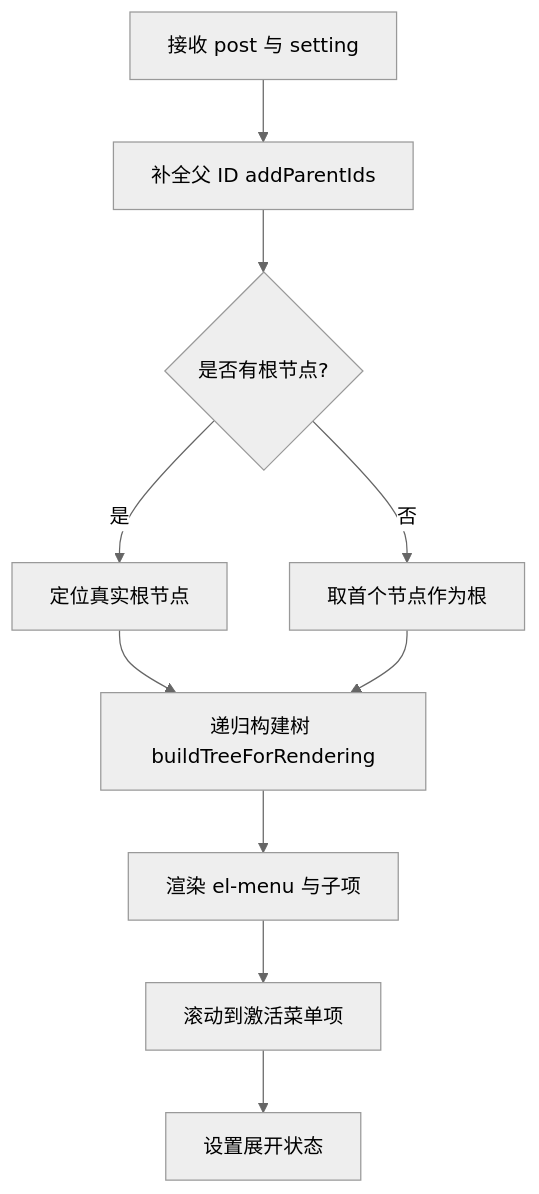
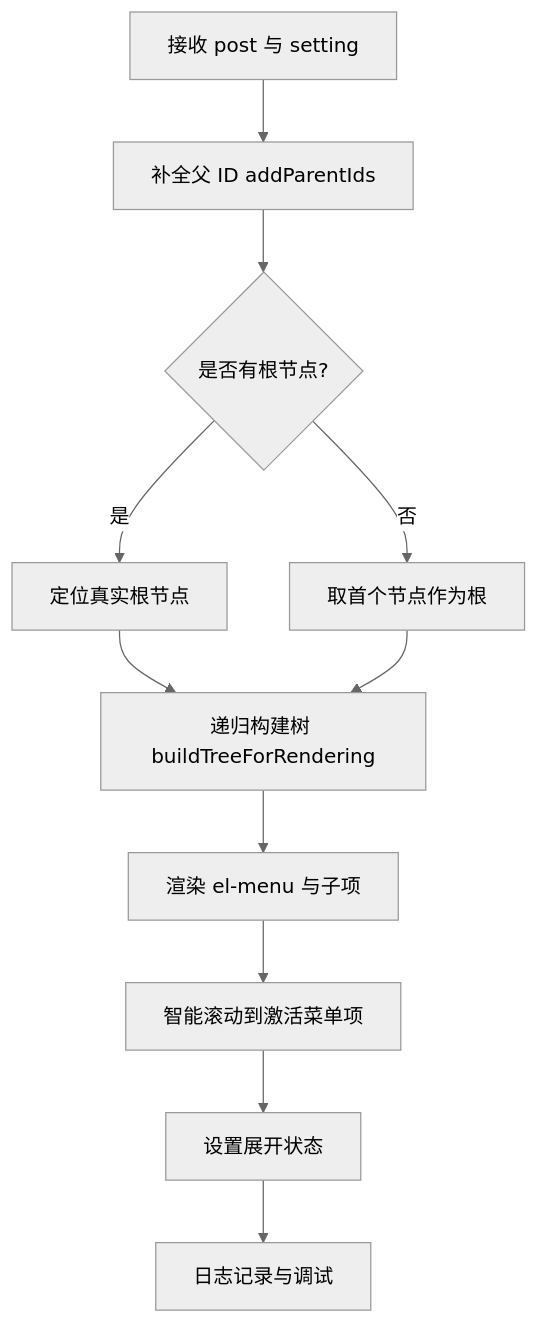
One commit to terwer/siyuan-plugin-blog changed the fifth of 11 diagrams in .qoder/repowiki/zh/content/核心功能/UI 组件系统/UI 组件系统.md. Above: the diagram before and after it, drawn with Mermaid (neutral theme). The commit also changed other lines of this file and 2 other files, not shown here.

````diff
--- a/.qoder/repowiki/zh/content/核心功能/UI 组件系统/UI 组件系统.md
+++ b/.qoder/repowiki/zh/content/核心功能/UI 组件系统/UI 组件系统.md
@@ -327,12 +338,13 @@
 ```mermaid
 flowchart TD
 A["接收 post 与 setting"] --> B["补全父 ID addParentIds"]
 B --> C{"是否有根节点?"}
 C --> |是| D["定位真实根节点"]
 C --> |否| E["取首个节点作为根"]
 D --> F["递归构建树 buildTreeForRendering"]
 E --> F
 F --> G["渲染 el-menu 与子项"]
-G --> H["滚动到激活菜单项"]
+G --> H["智能滚动到激活菜单项"]
 H --> I["设置展开状态"]
+I --> J["日志记录与调试"]
 ```
````
